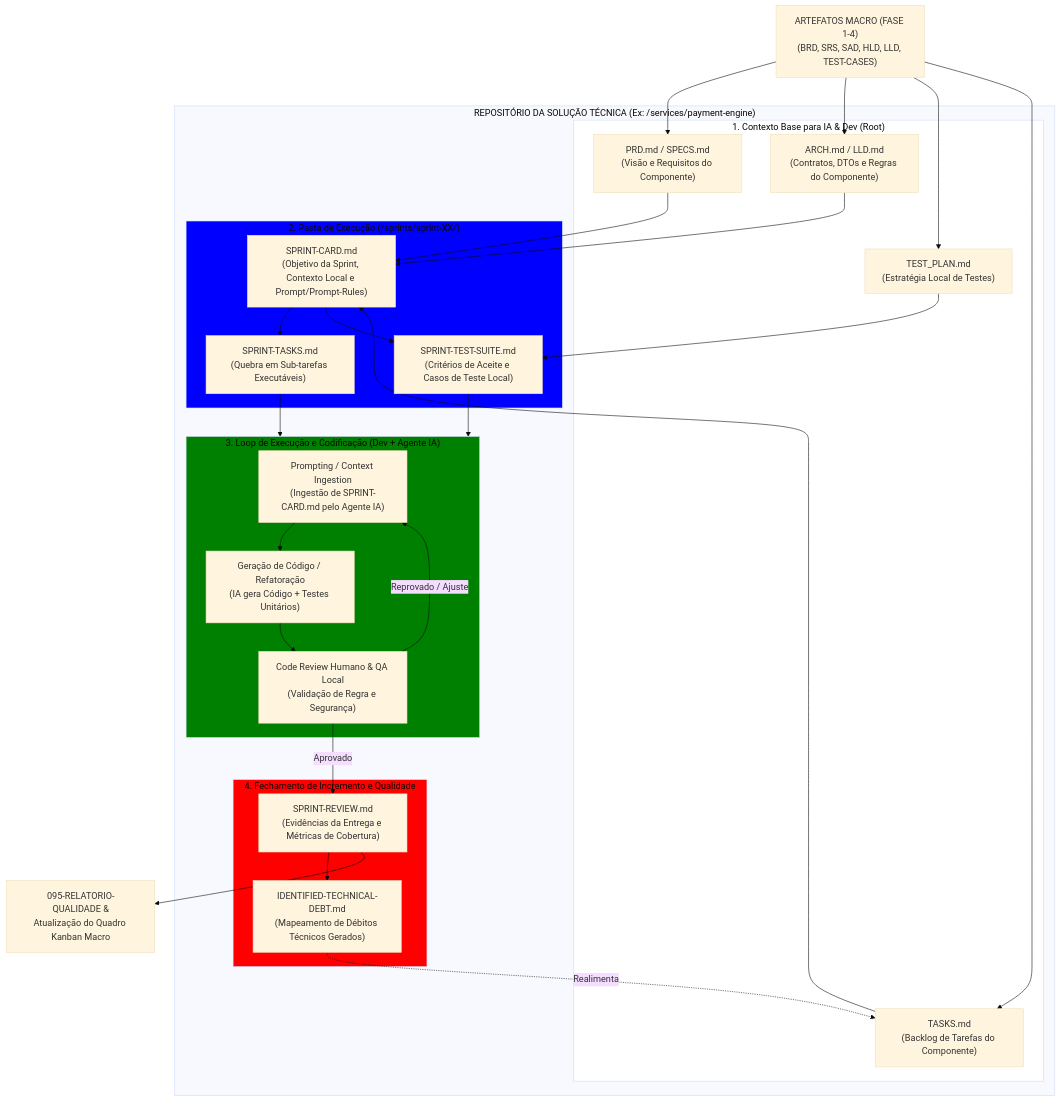
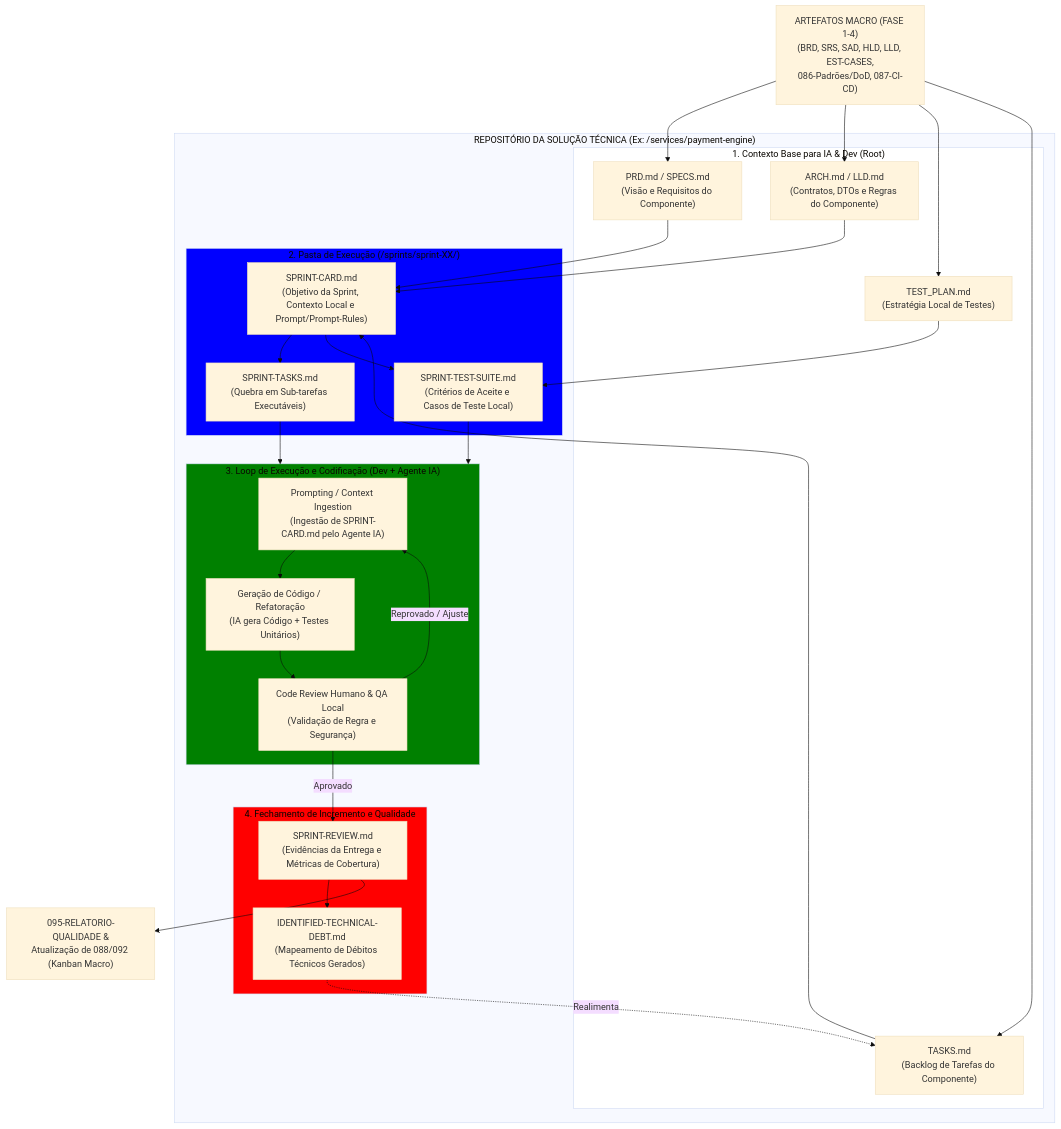
Before and after one commit to bolismar69/workspace-fbso: the third of 3 diagrams in .specs/flowchart-WATERFALL.md, drawn with Mermaid (base theme). The commit also changed other lines of this file and 30 other files, not shown here.

First line of the commit message:
feat: fase 4 — FASE 5 EXECUÇÃO E CONSTRUÇÃO (roadmap dedicado + 092/093) e convergência roadmap×flowchart

````diff
--- a/.specs/flowchart-WATERFALL.md
+++ b/.specs/flowchart-WATERFALL.md
@@ -327,70 +333,70 @@
 ```mermaid
 flowchart TB
     %% INSUMO UPSTREAM (FASE 1 A 4)
-    IN_MACRO["ARTEFATOS MACRO (FASE 1-4)\n(BRD, SRS, SAD, HLD, LLD, TEST-CASES)"]
+    IN_MACRO["ARTEFATOS MACRO (FASE 1-4)\n(BRD, SRS, SAD, HLD, LLD, EST-CASES,\n086-Padrões/DoD, 087-CI-CD)"]
 
     subgraph REPO["REPOSITÓRIO DA SOLUÇÃO TÉCNICA (Ex: /services/payment-engine)"]
         
         subgraph CONTEXTO-BASE["1. Contexto Base para IA & Dev (Root)"]
             PRD_MD["PRD.md / SPECS.md\n(Visão e Requisitos do Componente)"]
             ARCH_MD["ARCH.md / LLD.md\n(Contratos, DTOs e Regras do Componente)"]
             TEST_PLAN_MD["TEST_PLAN.md\n(Estratégia Local de Testes)"]
             TASKS_MD["TASKS.md\n(Backlog de Tarefas do Componente)"]
         end
 
         subgraph CICLO-SPRINT["2. Pasta de Execução (/sprints/sprint-XX/)"]
             SPRINT_CARD["SPRINT-CARD.md\n(Objetivo da Sprint, Contexto Local e Prompt/Prompt-Rules)"]
             SPRINT_TASKS["SPRINT-TASKS.md\n(Quebra em Sub-tarefas Executáveis)"]
             SPRINT_TESTS-SUITE["SPRINT-TEST-SUITE.md\n(Critérios de Aceite e Casos de Teste Local)"]
         end
 
         subgraph LOOP-IA-DEV["3. Loop de Execução e Codificação (Dev + Agente IA)"]
             PROMPT_ENG["Prompting / Context Ingestion\n(Ingestão de SPRINT-CARD.md pelo Agente IA)"]
             CODE_GEN["Geração de Código / Refatoração\n(IA gera Código + Testes Unitários)"]
             HUMAN_REVIEW["Code Review Humano & QA Local\n(Validação de Regra e Segurança)"]
             
             PROMPT_ENG --> CODE_GEN
             CODE_GEN --> HUMAN_REVIEW
         end
 
         subgraph FECHAMENTO-SPRINT["4. Fechamento de Incremento e Qualidade"]
             SPRINT_REVIEW["SPRINT-REVIEW.md\n(Evidências da Entrega e Métricas de Cobertura)"]
             TECH_DEBT["IDENTIFIED-TECHNICAL-DEBT.md\n(Mapeamento de Débitos Técnicos Gerados)"]
         end
 
     end
 
     %% SAÍDA PARA GOVERNANÇA (MACRO)
-    OUT_GOVERNANCE["095-RELATORIO-QUALIDADE &\nAtualização do Quadro Kanban Macro"]
+    OUT_GOVERNANCE["095-RELATORIO-QUALIDADE &\nAtualização de 088/092 (Kanban Macro)"]
 
     %% Conexões do Fluxo
     IN_MACRO --> PRD_MD
     IN_MACRO --> ARCH_MD
     IN_MACRO --> TEST_PLAN_MD
     IN_MACRO --> TASKS_MD
 
     PRD_MD --> SPRINT_CARD
     TASKS_MD --> SPRINT_CARD
     ARCH_MD --> SPRINT_CARD
     
     SPRINT_CARD --> SPRINT_TASKS
     SPRINT_CARD --> SPRINT_TESTS-SUITE
     TEST_PLAN_MD --> SPRINT_TESTS-SUITE
 
     SPRINT_TASKS --> LOOP-IA-DEV
     SPRINT_TESTS-SUITE --> LOOP-IA-DEV
 
     HUMAN_REVIEW -- "Reprovado / Ajuste" --> PROMPT_ENG
     HUMAN_REVIEW -- "Aprovado" --> SPRINT_REVIEW
 
     SPRINT_REVIEW --> TECH_DEBT
     TECH_DEBT -.->|"Realimenta"| TASKS_MD
 
     SPRINT_REVIEW --> OUT_GOVERNANCE
 
     style CONTEXTO-BASE fill:white
     style CICLO-SPRINT  fill:blue
     style LOOP-IA-DEV  fill:green
     style FECHAMENTO-SPRINT fill:red
 
 ```
````
